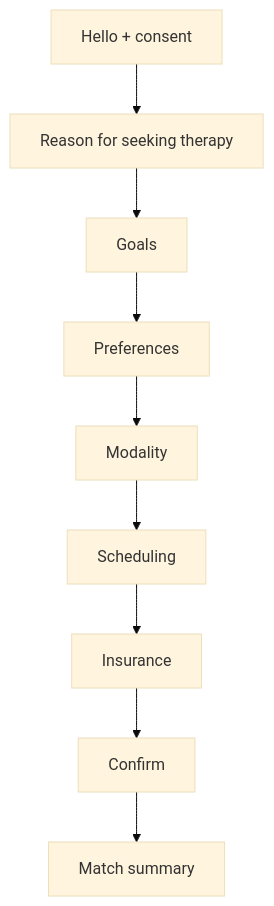
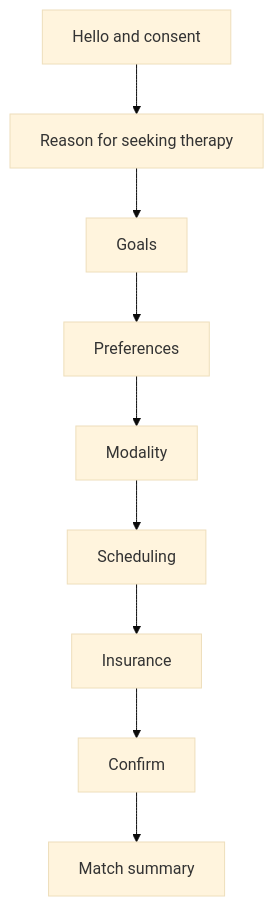
One commit to clarejordan/Conversational-Design-Portfolio changed the diagram in 01-intake-matcher/README.md. Above: the diagram before and after it, drawn with Mermaid (base theme). The commit also changed other lines of this file, not shown here.

````diff
--- a/01-intake-matcher/README.md
+++ b/01-intake-matcher/README.md
@@ -10,11 +10,11 @@
 ```mermaid
 flowchart TD
-  A[Hello + consent] --> B[Reason for seeking therapy]
+  A[Hello and consent] --> B[Reason for seeking therapy]
   B --> C[Goals]
   C --> D[Preferences]
   D --> E[Modality]
   E --> F[Scheduling]
   F --> G[Insurance]
   G --> H[Confirm]
   H --> I[Match summary]
 ```
````
